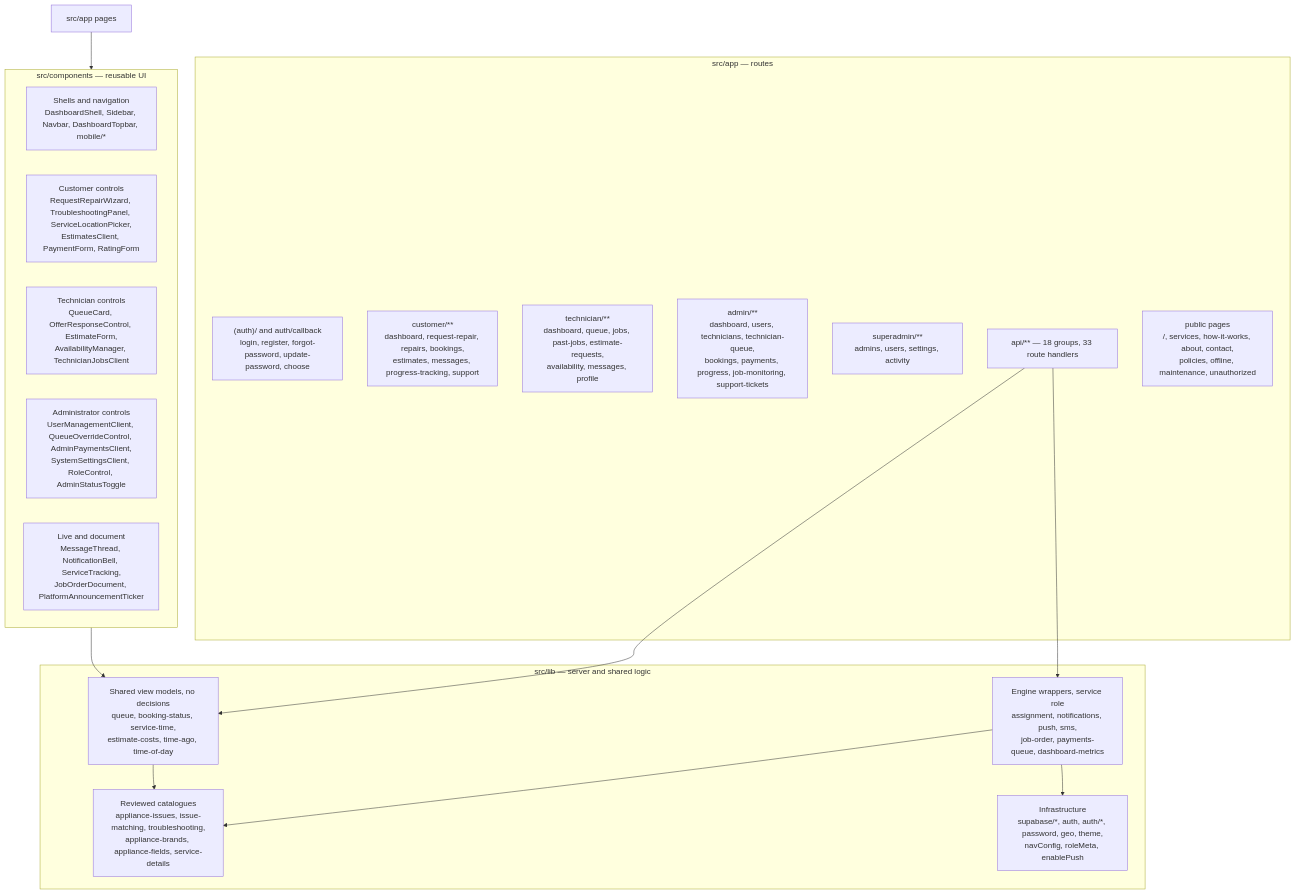
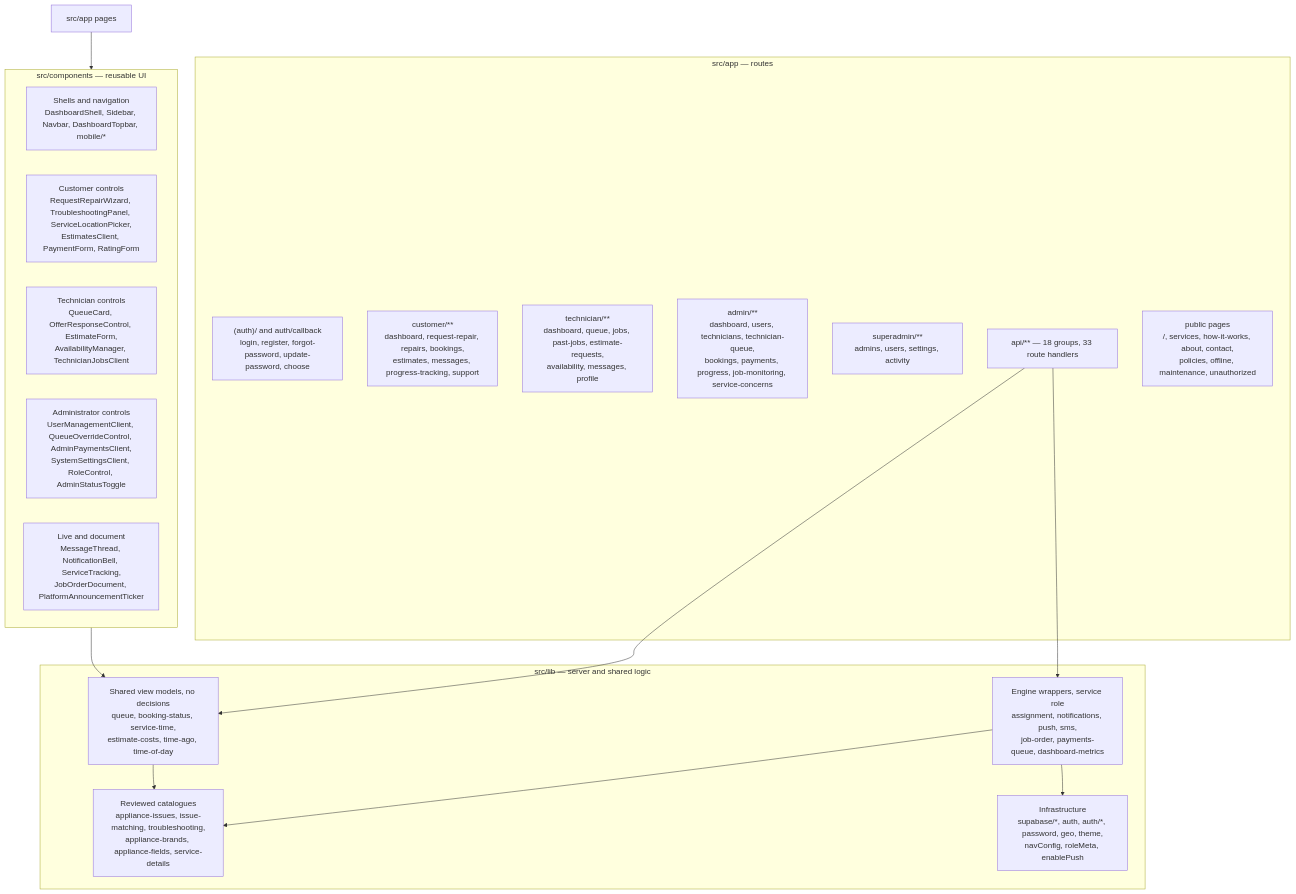
Before and after one commit to Tatenreyes/SPARKServPre-realease: the third of 9 diagrams in SYSTEM-ARCHITECTURE.md, drawn with Mermaid. The commit also changed other lines of this file and 77 other files, not shown here.

````diff
--- a/SYSTEM-ARCHITECTURE.md
+++ b/SYSTEM-ARCHITECTURE.md
@@ -223,35 +223,35 @@
 ```mermaid
 flowchart TB
     subgraph APP["src/app — routes"]
         AUTHG["(auth)/ and auth/callback<br/>login, register, forgot-password, update-password, choose"]
         CUST["customer/**<br/>dashboard, request-repair, repairs, bookings,<br/>estimates, messages, progress-tracking, support"]
         TECH["technician/**<br/>dashboard, queue, jobs, past-jobs, estimate-requests,<br/>availability, messages, profile"]
-        ADM["admin/**<br/>dashboard, users, technicians, technician-queue,<br/>bookings, payments, progress, job-monitoring, support-tickets"]
+        ADM["admin/**<br/>dashboard, users, technicians, technician-queue,<br/>bookings, payments, progress, job-monitoring, service-concerns"]
         SA["superadmin/**<br/>admins, users, settings, activity"]
         API["api/** — 18 groups, 33 route handlers"]
         PUB["public pages<br/>/, services, how-it-works, about, contact,<br/>policies, offline, maintenance, unauthorized"]
     end
 
     subgraph COMP["src/components — reusable UI"]
         SHELL["Shells and navigation<br/>DashboardShell, Sidebar, Navbar, DashboardTopbar, mobile/*"]
         CUSTOMER["Customer controls<br/>RequestRepairWizard, TroubleshootingPanel, ServiceLocationPicker,<br/>EstimatesClient, PaymentForm, RatingForm"]
         TECHC["Technician controls<br/>QueueCard, OfferResponseControl, EstimateForm,<br/>AvailabilityManager, TechnicianJobsClient"]
         ADMINC["Administrator controls<br/>UserManagementClient, QueueOverrideControl, AdminPaymentsClient,<br/>SystemSettingsClient, RoleControl, AdminStatusToggle"]
         LIVEC["Live and document<br/>MessageThread, NotificationBell, ServiceTracking,<br/>JobOrderDocument, PlatformAnnouncementTicker"]
     end
 
     subgraph LIB["src/lib — server and shared logic"]
         WRAP["Engine wrappers, service role<br/>assignment, notifications, push, sms,<br/>job-order, payments-queue, dashboard-metrics"]
         VIEW["Shared view models, no decisions<br/>queue, booking-status, service-time,<br/>estimate-costs, time-ago, time-of-day"]
         CAT["Reviewed catalogues<br/>appliance-issues, issue-matching, troubleshooting,<br/>appliance-brands, appliance-fields, service-details"]
         INFRA["Infrastructure<br/>supabase/*, auth, auth/*, password, geo, theme,<br/>navConfig, roleMeta, enablePush"]
     end
 
     PAGES["src/app pages"] --> COMP
     COMP --> VIEW
     API --> WRAP
     API --> VIEW
     WRAP --> CAT
     WRAP --> INFRA
     VIEW --> CAT
 ```
````
